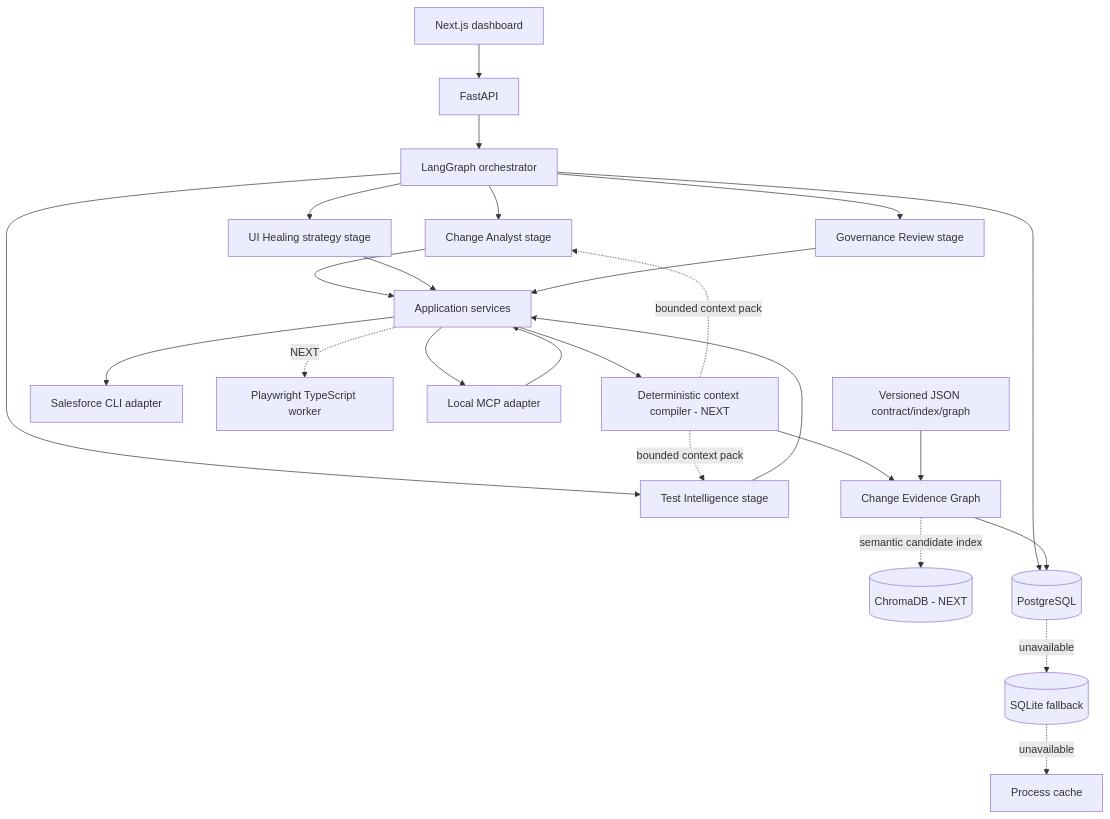
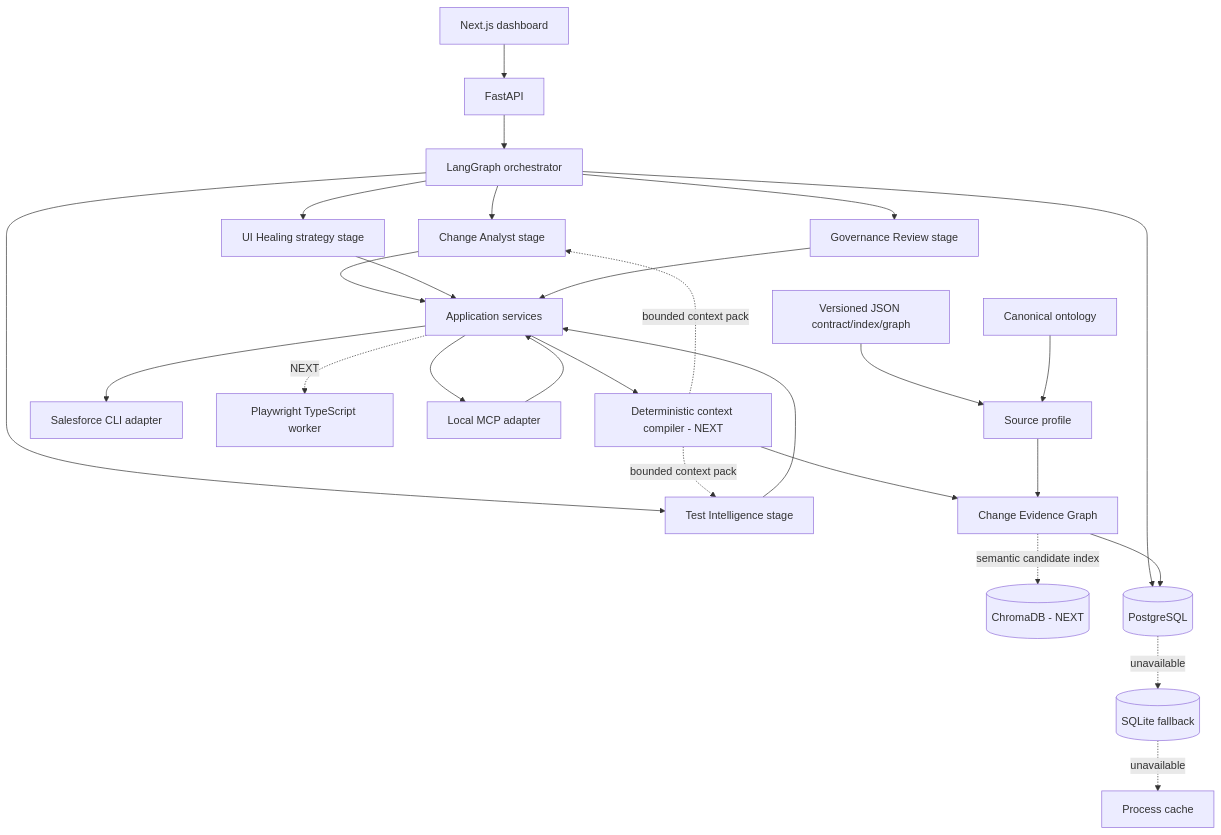
One commit to neelriseai/Neo-SF-Q--Intel changed the diagram in Docs/01-architecture.md. Above: the diagram before and after it, drawn with Mermaid. The commit also changed other lines of this file and 45 other files, not shown here.

````diff
--- a/Docs/01-architecture.md
+++ b/Docs/01-architecture.md
@@ -8,27 +8,29 @@
 ```mermaid
 flowchart TB
   WEB[Next.js dashboard] --> API[FastAPI]
   API --> WF[LangGraph orchestrator]
   WF --> CA[Change Analyst stage]
   WF --> TA[Test Intelligence stage]
   WF --> UH[UI Healing strategy stage]
   WF --> GA[Governance Review stage]
   CA --> SVC[Application services]
   TA --> SVC
   UH --> SVC
   GA --> SVC
   SVC --> CC[Deterministic context compiler - NEXT]
   CC --> EG[Change Evidence Graph]
   CC -. bounded context pack .-> CA
   CC -. bounded context pack .-> TA
   EG -. semantic candidate index .-> CHROMA[(ChromaDB - NEXT)]
   SVC --> SF[Salesforce CLI adapter]
   SVC -. NEXT .-> PW[Playwright TypeScript worker]
   SVC --> MCP[Local MCP adapter]
   WF --> PG[(PostgreSQL)]
   EG --> PG
   PG -. unavailable .-> SQLITE[(SQLite fallback)]
   SQLITE -. unavailable .-> CACHE[Process cache]
-  JSON[Versioned JSON contract/index/graph] --> EG
+  JSON[Versioned JSON contract/index/graph] --> SP[Source profile]
+  ONT[Canonical ontology] --> SP
+  SP --> EG
   MCP --> SVC
 ```
````
